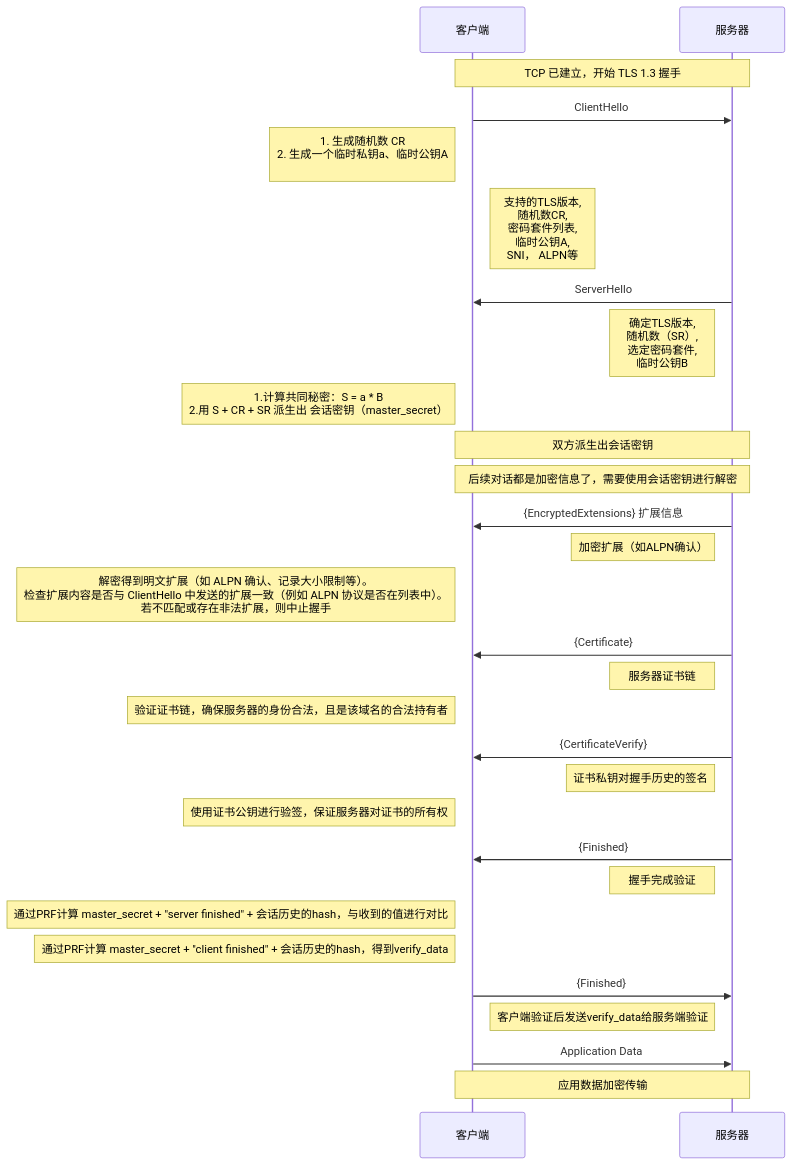
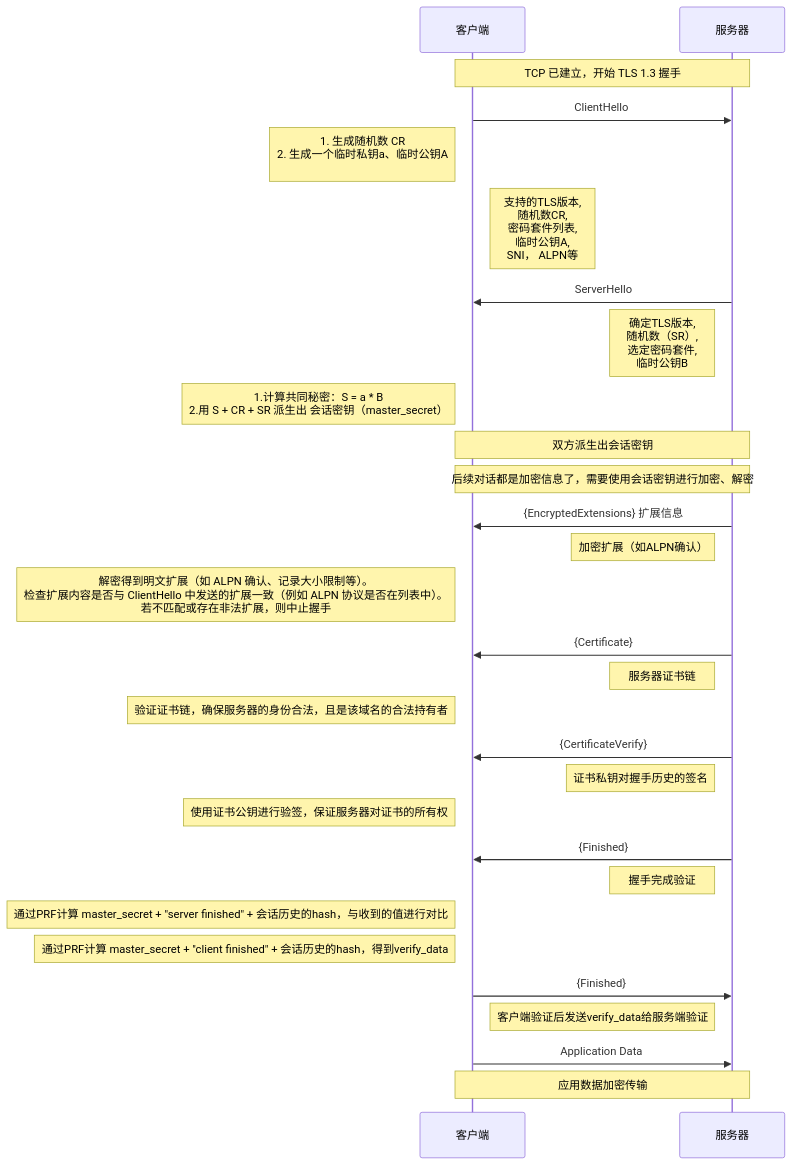
One commit to HY-10-8/iodraw-files changed the diagram in all/TLS-1.3-通用.md. Above: the diagram before and after it, drawn with Mermaid.

Commit message:
2026-03-31 10:21:21 update

````diff
--- a/all/TLS-1.3-通用.md
+++ b/all/TLS-1.3-通用.md
@@ -1,41 +1,41 @@
 ```mermaid
 sequenceDiagram
     participant C as 客户端
     participant S as 服务器
 
     Note over C,S: TCP 已建立，开始 TLS 1.3 握手
 
     C->>S: ClientHello
     Note left of C: 1. 生成随机数 CR<br/> 2. 生成一个临时私钥a、临时公钥A<br/>
     Note right of C: 支持的TLS版本,<br/> 随机数CR,<br/> 密码套件列表,<br/> 临时公钥A,<br/> SNI， ALPN等
 
     S->>C: ServerHello
     Note left of S: 确定TLS版本, <br/>随机数（SR）,<br/> 选定密码套件, <br/>临时公钥B
     Note left of C: 1.计算共同秘密：S = a * B<br/> 2.用 S + CR + SR 派生出 会话密钥（master_secret）
 
     Note over C,S: 双方派生出会话密钥
-    Note over C,S: 后续对话都是加密信息了，需要使用会话密钥进行解密
+    Note over C,S: 后续对话都是加密信息了，需要使用会话密钥进行加密、解密
 
     S->>C: {EncryptedExtensions} 扩展信息
     Note left of S: 加密扩展（如ALPN确认）
     Note left of C: 解密得到明文扩展（如 ALPN 确认、记录大小限制等）。<br/>检查扩展内容是否与 ClientHello 中发送的扩展一致（例如 ALPN 协议是否在列表中）。<br/> 若不匹配或存在非法扩展，则中止握手
 
     S->>C: {Certificate}
     Note left of S: 服务器证书链
     Note left of C: 验证证书链，确保服务器的身份合法，且是该域名的合法持有者
 
     S->>C: {CertificateVerify}
     Note left of S: 证书私钥对握手历史的签名
     Note left of C: 使用证书公钥进行验签，保证服务器对证书的所有权
 
     S->>C: {Finished}
     Note left of S: 握手完成验证
     Note left of C: 通过PRF计算 master_secret + "server finished" + 会话历史的hash，与收到的值进行对比
     Note left of C: 通过PRF计算 master_secret + "client finished" + 会话历史的hash，得到verify_data
 
     C->>S: {Finished}
     Note right of C: 客户端验证后发送verify_data给服务端验证
 
     C->>S: Application Data
     Note over C,S: 应用数据加密传输
 ```
````
